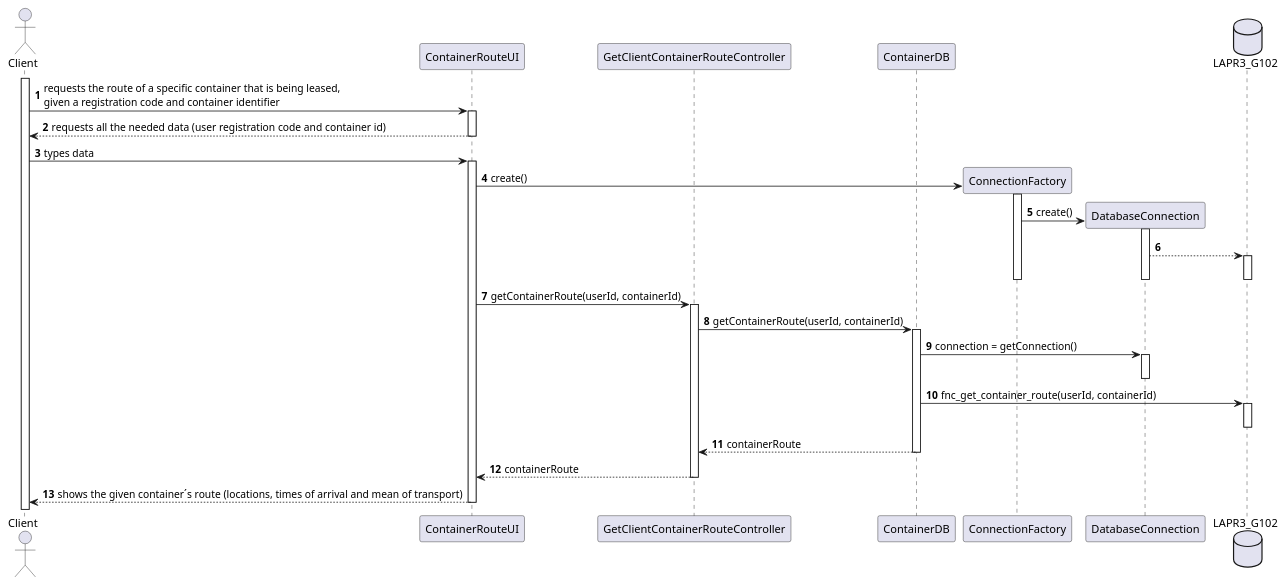
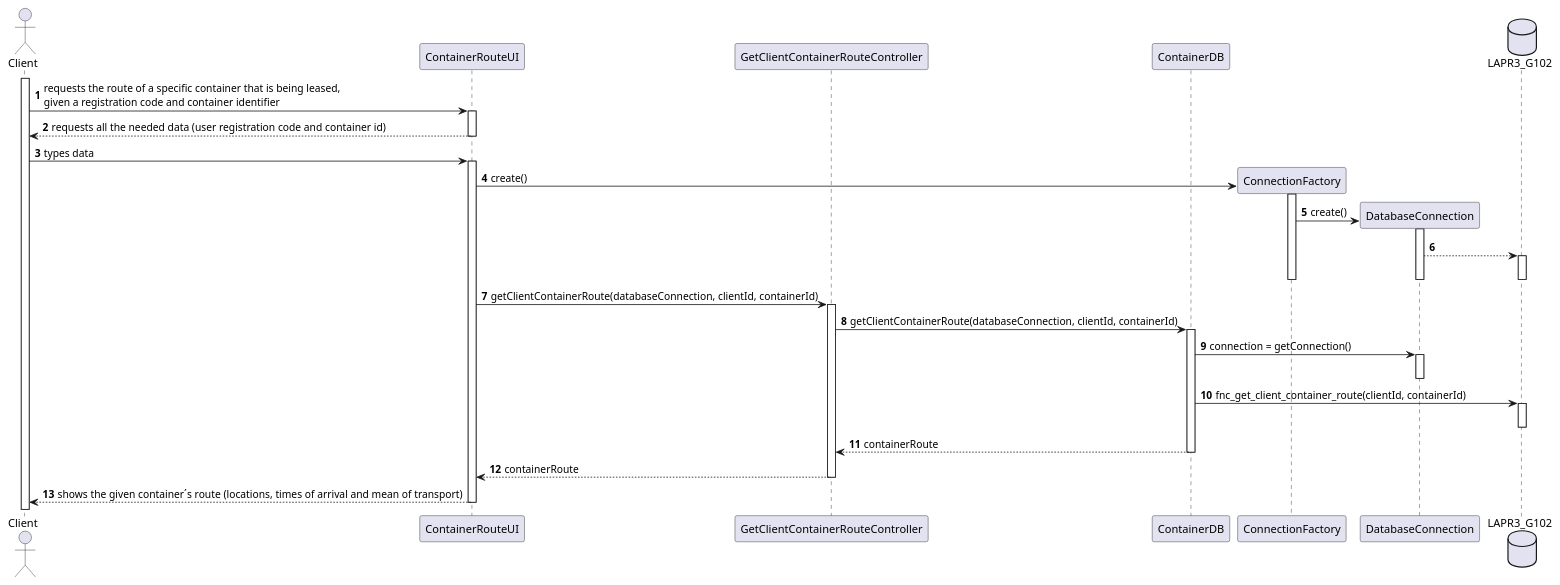
The diagram in docs/Sprint3/US305/US305_SD.puml (mpoboas/lapr3-2021-g102), drawn with PlantUML before and after one commit. The commit also changed 7 other files, not shown here.

```diff
--- a/docs/Sprint3/US305/US305_SD.puml
+++ b/docs/Sprint3/US305/US305_SD.puml
@@ -1,52 +1,52 @@
 @startuml
 autonumber
 'hide footbox
 
 actor "Client" as CL
 
 participant "ContainerRouteUI" as UI
 participant "GetClientContainerRouteController" as CTRL
 participant "ContainerDB" as CONTAINERDB
 participant ConnectionFactory as CF
 participant DatabaseConnection as DC
 database LAPR3_G102 as DB
 
 activate CL
 CL -> UI : requests the route of a specific container that is being leased,\ngiven a registration code and container identifier
 activate UI
 UI --> CL : requests all the needed data (user registration code and container id)
 deactivate UI
 
 CL -> UI : types data
 activate UI
 
 UI -> CF** : create()
 activate CF
 CF -> DC** : create()
 activate DC
 DC --> DB
 activate DB
 deactivate DB
 deactivate DC
 deactivate CF
 
-UI -> CTRL : getContainerRoute(userId, containerId)
+UI -> CTRL : getClientContainerRoute(databaseConnection, clientId, containerId)
 activate CTRL
-CTRL -> CONTAINERDB : getContainerRoute(userId, containerId)
+CTRL -> CONTAINERDB : getClientContainerRoute(databaseConnection, clientId, containerId)
 activate CONTAINERDB
 
 CONTAINERDB -> DC : connection = getConnection()
 activate DC
 deactivate DC
 
-CONTAINERDB -> DB : fnc_get_container_route(userId, containerId)
+CONTAINERDB -> DB : fnc_get_client_container_route(clientId, containerId)
 activate DB
 deactivate DB
 CONTAINERDB --> CTRL : containerRoute
 deactivate CONTAINERDB
 deactivate CONTAINERDB
 CTRL --> UI : containerRoute
 deactivate CTRL
 UI --> CL : shows the given container´s route (locations, times of arrival and mean of transport)
 deactivate UI
 @enduml
```
